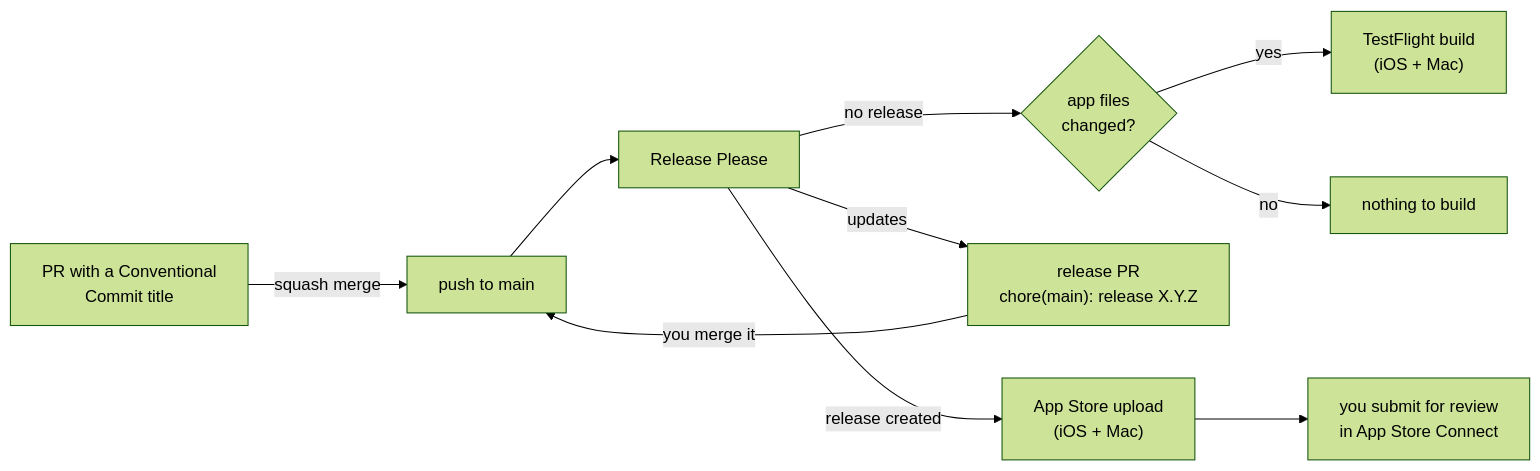
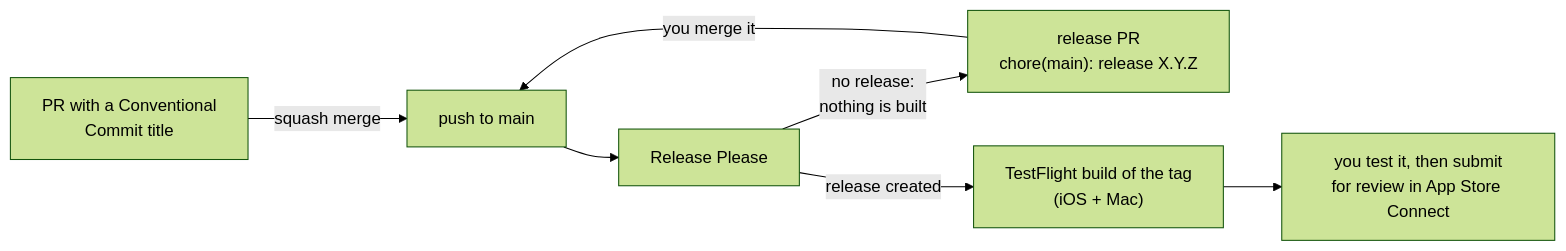
The diagram in docs/release-process.md (cvrajeesh/piano-tutor), drawn with Mermaid (forest theme) before and after one commit. The commit also changed other lines of this file and 3 other files, not shown here.

First line of the commit message:
ci: Send builds to TestFlight only when a release PR is merged (#14)

````diff
--- a/docs/release-process.md
+++ b/docs/release-process.md
@@ -19,12 +18,9 @@
 ```mermaid
 flowchart LR
     PR["PR with a Conventional<br>Commit title"] -->|squash merge| main["push to main"]
     main --> RP["Release Please"]
-    RP -->|no release| changed{"app files<br>changed?"}
-    changed -->|yes| TF["TestFlight build<br>(iOS + Mac)"]
-    changed -->|no| skip["nothing to build"]
-    RP -->|updates| RPR["release PR<br>chore(main): release X.Y.Z"]
+    RP -->|no release:<br>nothing is built| RPR["release PR<br>chore(main): release X.Y.Z"]
     RPR -->|you merge it| main
-    RP -->|release created| AS["App Store upload<br>(iOS + Mac)"]
-    AS --> review["you submit for review<br>in App Store Connect"]
+    RP -->|release created| TF["TestFlight build of the tag<br>(iOS + Mac)"]
+    TF --> review["you test it, then submit<br>for review in App Store Connect"]
 ```
````
